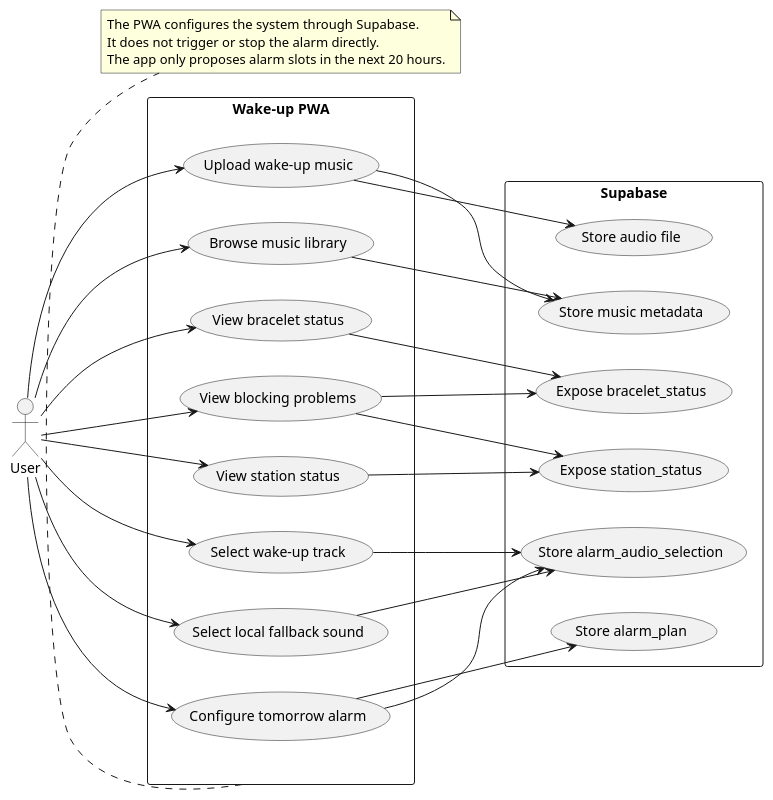
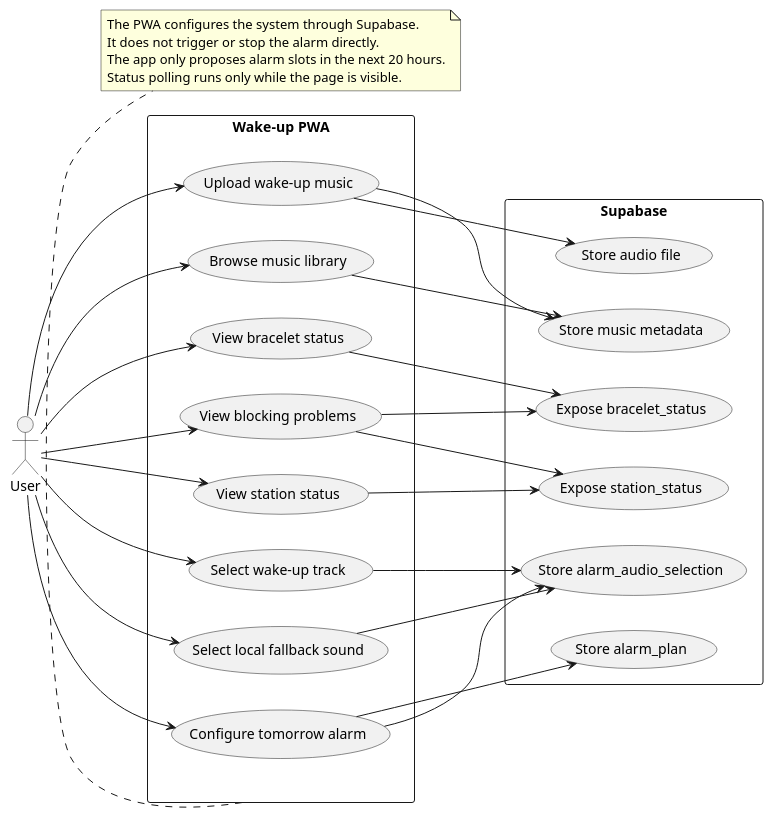
Before and after one commit to Jzn-wbr/Starter: the diagram in code/app mobile/UML/use_cases.puml, drawn with PlantUML. The commit also changed 1 other file, not shown here.

```diff
--- a/code/app mobile/UML/use_cases.puml
+++ b/code/app mobile/UML/use_cases.puml
@@ -1,55 +1,56 @@
 @startuml
 left to right direction
 skinparam packageStyle rectangle
 skinparam shadowing false
 
 actor "User" as User
 
 rectangle "Wake-up PWA" {
   usecase "Upload wake-up music" as UploadMusic
   usecase "Browse music library" as BrowseMusic
   usecase "Select wake-up track" as SelectTrack
   usecase "Select local fallback sound" as SelectFallback
   usecase "Configure tomorrow alarm" as ConfigureAlarm
   usecase "View station status" as ViewStationStatus
   usecase "View bracelet status" as ViewBraceletStatus
   usecase "View blocking problems" as ViewProblems
 }
 
 rectangle "Supabase" {
   usecase "Store audio file" as StoreAudio
   usecase "Store music metadata" as StoreMusicMetadata
   usecase "Store alarm_plan" as StoreAlarmPlan
   usecase "Store alarm_audio_selection" as StoreAlarmAudio
   usecase "Expose station_status" as ExposeStationStatus
   usecase "Expose bracelet_status" as ExposeBraceletStatus
 }
 
 User --> UploadMusic
 User --> BrowseMusic
 User --> SelectTrack
 User --> SelectFallback
 User --> ConfigureAlarm
 User --> ViewStationStatus
 User --> ViewBraceletStatus
 User --> ViewProblems
 
 UploadMusic --> StoreAudio
 UploadMusic --> StoreMusicMetadata
 BrowseMusic --> StoreMusicMetadata
 SelectTrack --> StoreAlarmAudio
 SelectFallback --> StoreAlarmAudio
 ConfigureAlarm --> StoreAlarmPlan
 ConfigureAlarm --> StoreAlarmAudio
 ViewStationStatus --> ExposeStationStatus
 ViewBraceletStatus --> ExposeBraceletStatus
 ViewProblems --> ExposeStationStatus
 ViewProblems --> ExposeBraceletStatus
 
 note bottom of "Wake-up PWA"
   The PWA configures the system through Supabase.
   It does not trigger or stop the alarm directly.
   The app only proposes alarm slots in the next 20 hours.
+  Status polling runs only while the page is visible.
 end note
 
 @enduml
```
